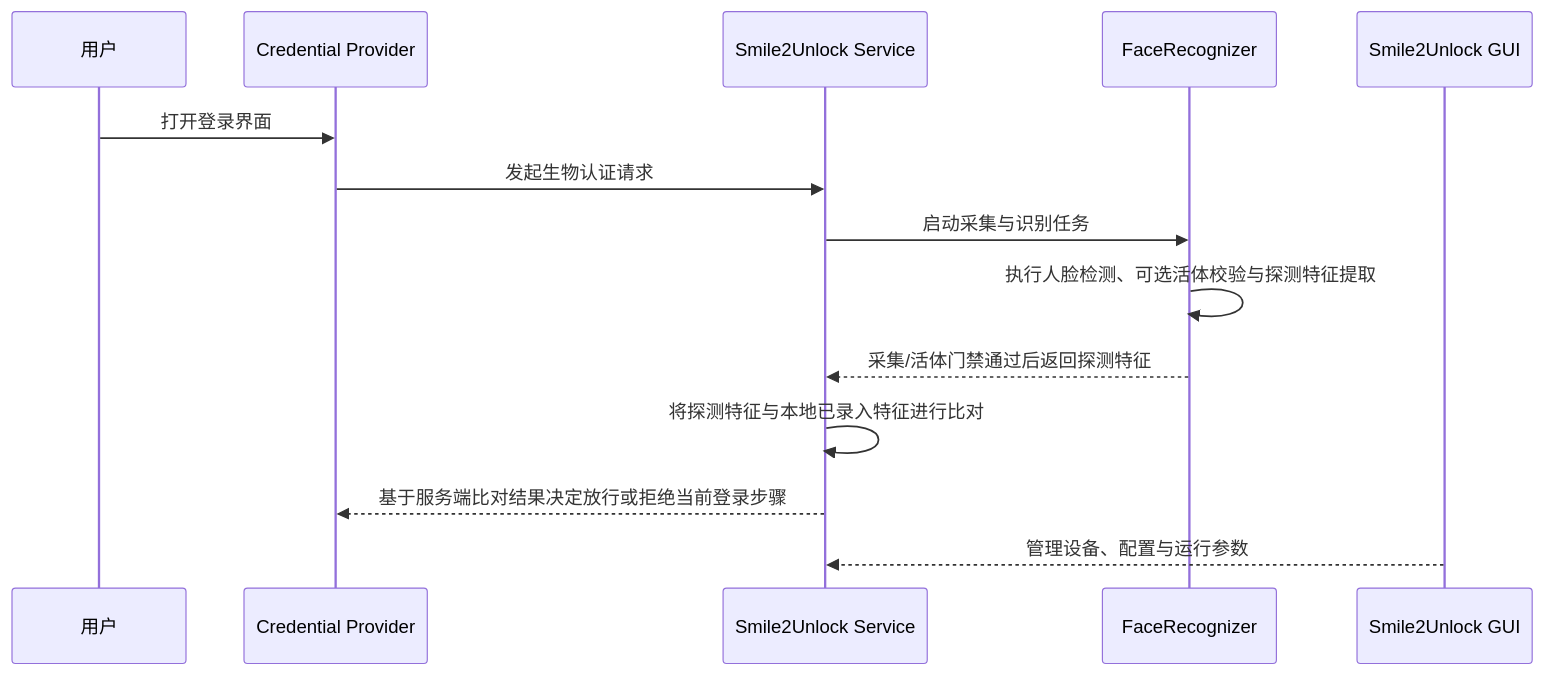
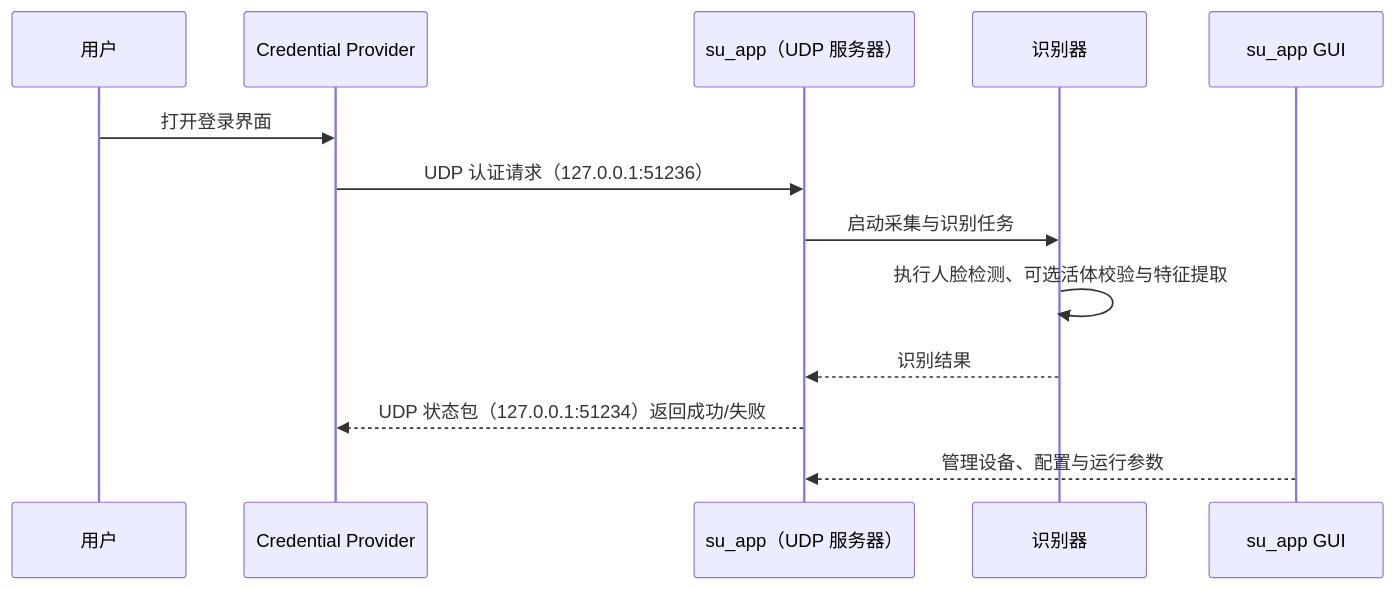
The second of 3 diagrams in README_zh.md (Smile2Unlock/Smile2Unlock_v2), drawn with Mermaid before and after one commit. The commit also changed other lines of this file and 87 other files, not shown here.

````diff
--- a/README_zh.md
+++ b/README_zh.md
@@ -101,17 +99,16 @@
 ```mermaid
 sequenceDiagram
     participant User as 用户
     participant CP as Credential Provider
-    participant Service as Smile2Unlock Service
-    participant FR as FaceRecognizer
-    participant GUI as Smile2Unlock GUI
+    participant S as su_app（UDP 服务器）
+    participant R as 识别器
+    participant GUI as su_app GUI
 
     User->>CP: 打开登录界面
-    CP->>Service: 发起生物认证请求
-    Service->>FR: 启动采集与识别任务
-    FR->>FR: 执行人脸检测、可选活体校验与探测特征提取
-    FR-->>Service: 采集/活体门禁通过后返回探测特征
-    Service->>Service: 将探测特征与本地已录入特征进行比对
-    Service-->>CP: 基于服务端比对结果决定放行或拒绝当前登录步骤
-    GUI-->>Service: 管理设备、配置与运行参数
+    CP->>S: UDP 认证请求（127.0.0.1:51236）
+    S->>R: 启动采集与识别任务
+    R->>R: 执行人脸检测、可选活体校验与特征提取
+    R-->>S: 识别结果
+    S-->>CP: UDP 状态包（127.0.0.1:51234）返回成功/失败
+    GUI-->>S: 管理设备、配置与运行参数
 ```
````
